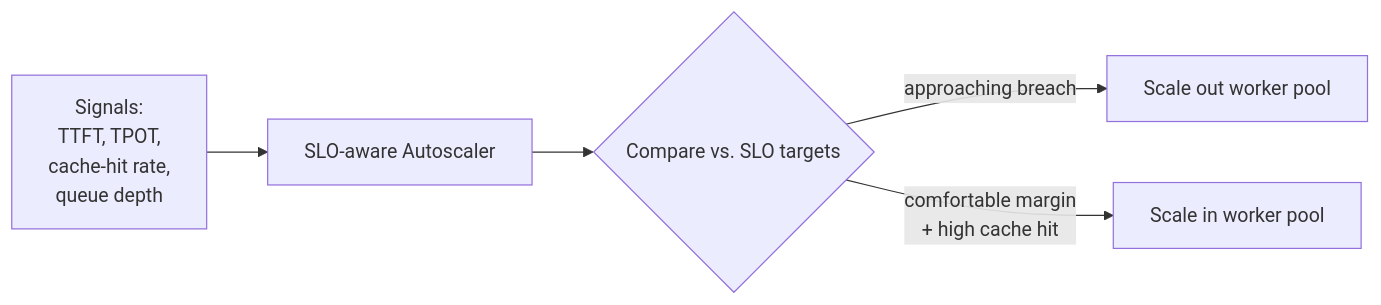
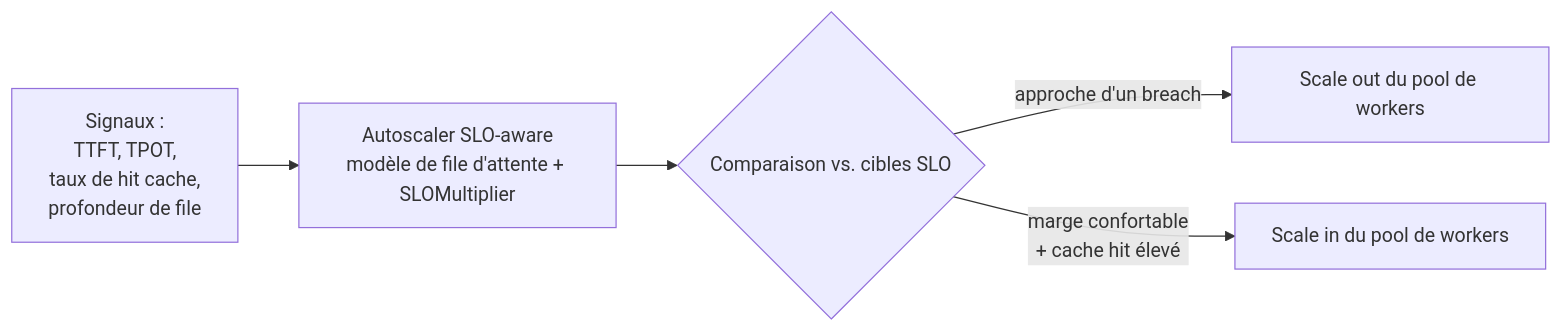
Diagram 19 of 26 in docs/explain/llm-d.md (ADORSYS-GIS/Custom-Ai-Ops), drawn with Mermaid before and after one commit. The commit also changed other lines of this file and 39 other files, not shown here.

````diff
--- a/docs/explain/llm-d.md
+++ b/docs/explain/llm-d.md
@@ -299,7 +735,7 @@
 ```mermaid
 flowchart LR
-    M["Signals:<br/>TTFT, TPOT,<br/>cache-hit rate,<br/>queue depth"] --> A[SLO-aware Autoscaler]
-    A --> D{Compare vs. SLO targets}
-    D -->|approaching breach| Out[Scale out worker pool]
-    D -->|comfortable margin<br/>+ high cache hit| In[Scale in worker pool]
+    M["Signaux :<br/>TTFT, TPOT,<br/>taux de hit cache,<br/>profondeur de file"] --> A[Autoscaler SLO-aware<br/>modèle de file d'attente + SLOMultiplier]
+    A --> D{Comparaison vs. cibles SLO}
+    D -->|approche d'un breach| Out[Scale out du pool de workers]
+    D -->|marge confortable<br/>+ cache hit élevé| In[Scale in du pool de workers]
 ```
````
